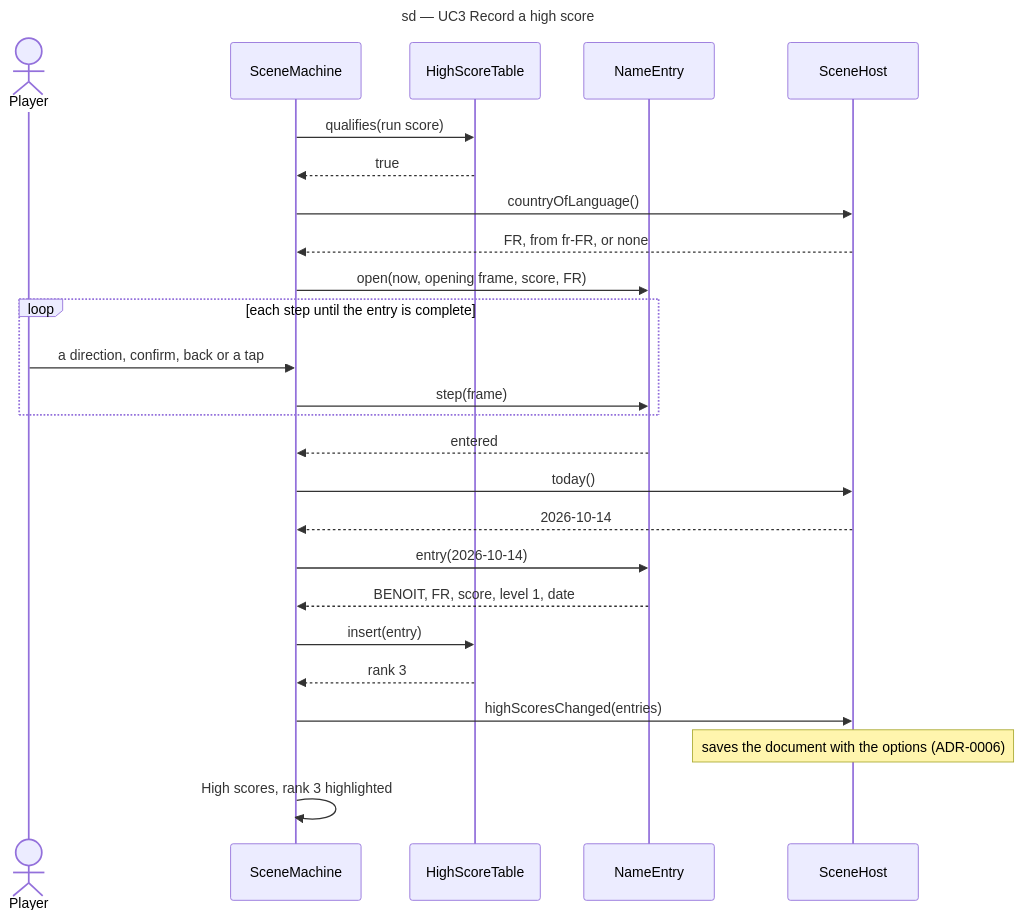
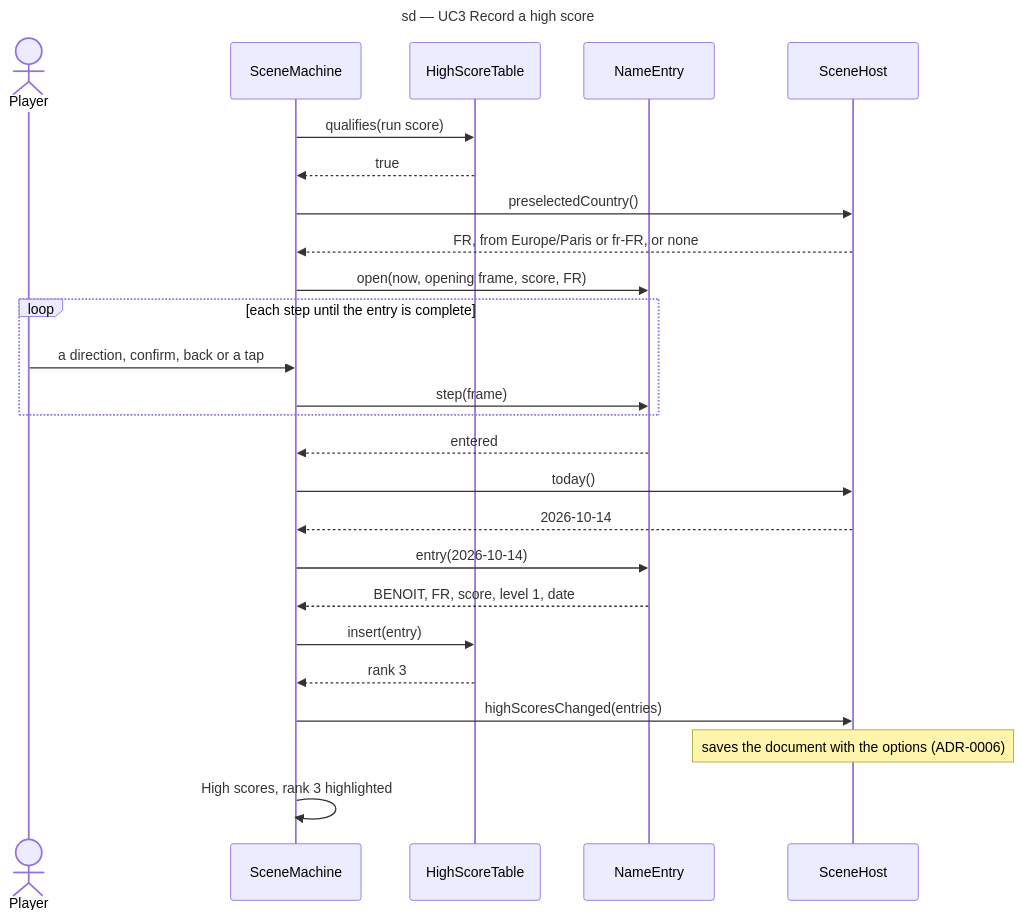
One commit to benoit-bremaud/retro-shmup changed the diagram in docs/architecture/diagrams/meta/02-sequence-record-high-score.md. Above: the diagram before and after it, drawn with Mermaid. The commit also changed other lines of this file and 9 other files, not shown here.

````diff
--- a/docs/architecture/diagrams/meta/02-sequence-record-high-score.md
+++ b/docs/architecture/diagrams/meta/02-sequence-record-high-score.md
@@ -17,28 +17,28 @@
 ```mermaid
 sequenceDiagram
   title sd — UC3 Record a high score
   actor Player
   participant Scenes as SceneMachine
   participant Table as HighScoreTable
   participant Entry as NameEntry
   participant Host as SceneHost
   Scenes->>Table: qualifies(run score)
   Table-->>Scenes: true
-  Scenes->>Host: countryOfLanguage()
-  Host-->>Scenes: FR, from fr-FR, or none
+  Scenes->>Host: preselectedCountry()
+  Host-->>Scenes: FR, from Europe/Paris or fr-FR, or none
   Scenes->>Entry: open(now, opening frame, score, FR)
   loop each step until the entry is complete
     Player->>Scenes: a direction, confirm, back or a tap
     Scenes->>Entry: step(frame)
   end
   Entry-->>Scenes: entered
   Scenes->>Host: today()
   Host-->>Scenes: 2026-10-14
   Scenes->>Entry: entry(2026-10-14)
   Entry-->>Scenes: BENOIT, FR, score, level 1, date
   Scenes->>Table: insert(entry)
   Table-->>Scenes: rank 3
   Scenes->>Host: highScoresChanged(entries)
   Note over Host: saves the document with the options (ADR-0006)
   Scenes->>Scenes: High scores, rank 3 highlighted
 ```
````
